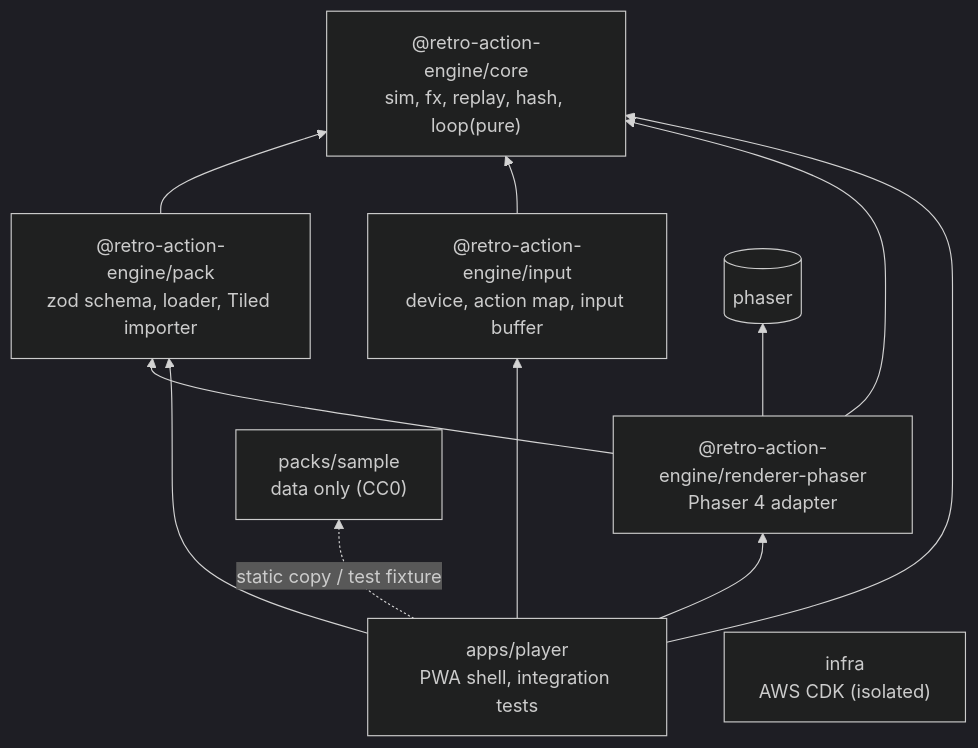
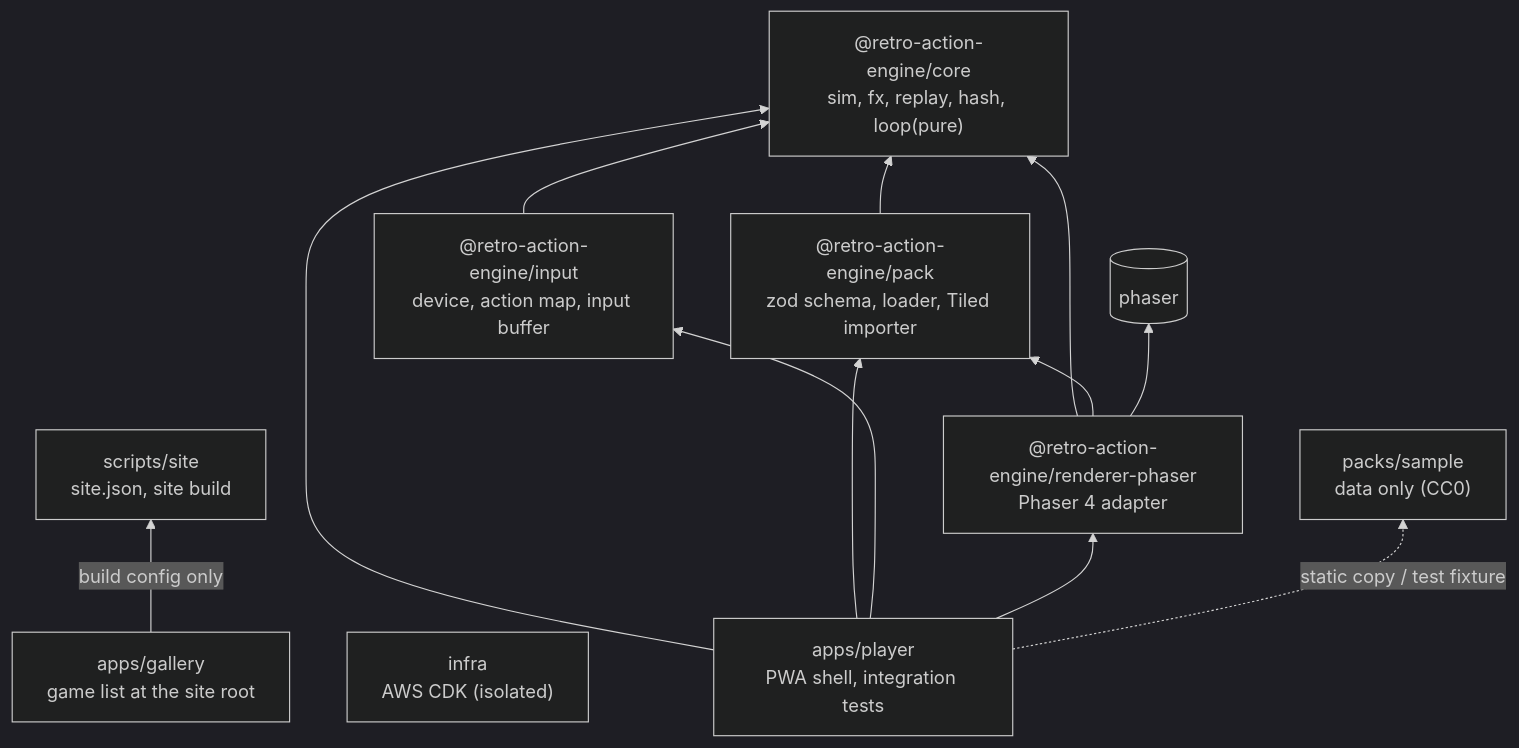
One commit to kojiisd/retro-action-engine changed the first of 3 diagrams in docs/architecture.md. Above: the diagram before and after it, drawn with Mermaid (dark theme). The commit also changed other lines of this file and 37 other files, not shown here.

````diff
--- a/docs/architecture.md
+++ b/docs/architecture.md
@@ -29,22 +29,25 @@
 ```mermaid
 graph BT
   core["@retro-action-engine/core<br/>sim, fx, replay, hash, loop(pure)"]
   pack["@retro-action-engine/pack<br/>zod schema, loader, Tiled importer"]
   input["@retro-action-engine/input<br/>device, action map, input buffer"]
   renderer["@retro-action-engine/renderer-phaser<br/>Phaser 4 adapter"]
   player["apps/player<br/>PWA shell, integration tests"]
   sample["packs/sample<br/>data only (CC0)"]
   infra["infra<br/>AWS CDK (isolated)"]
+  gallery["apps/gallery<br/>game list at the site root"]
+  sitetools["scripts/site<br/>site.json, site build"]
   phaser[("phaser")]
 
   pack --> core
   input --> core
   renderer --> core
   renderer --> pack
   renderer --> phaser
   player --> core
   player --> pack
   player --> input
   player --> renderer
   player -. "static copy / test fixture" .-> sample
+  gallery -- "build config only" --> sitetools
 ```
````
